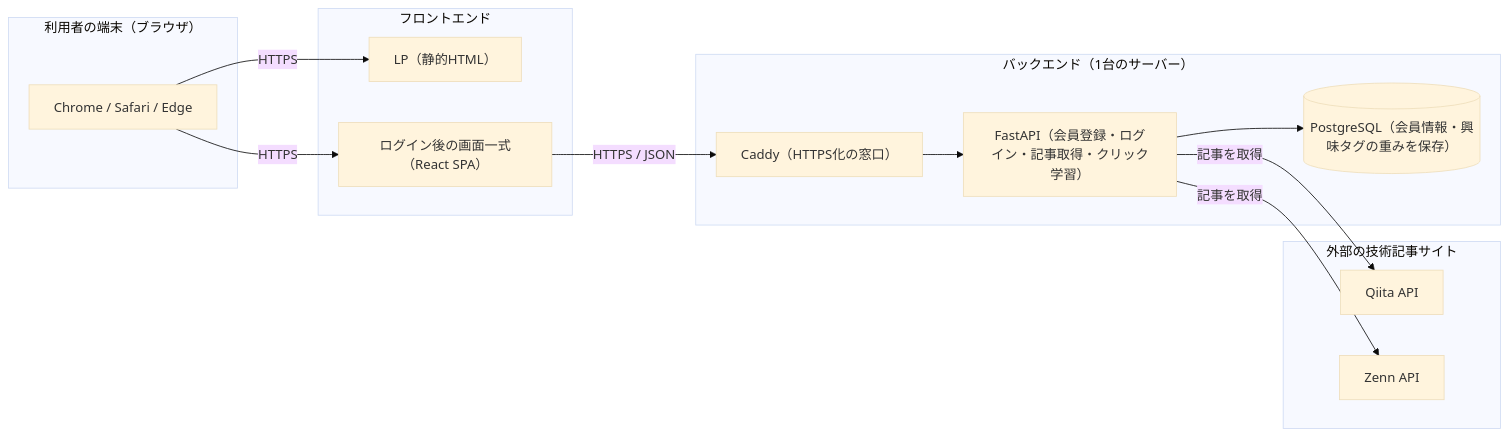
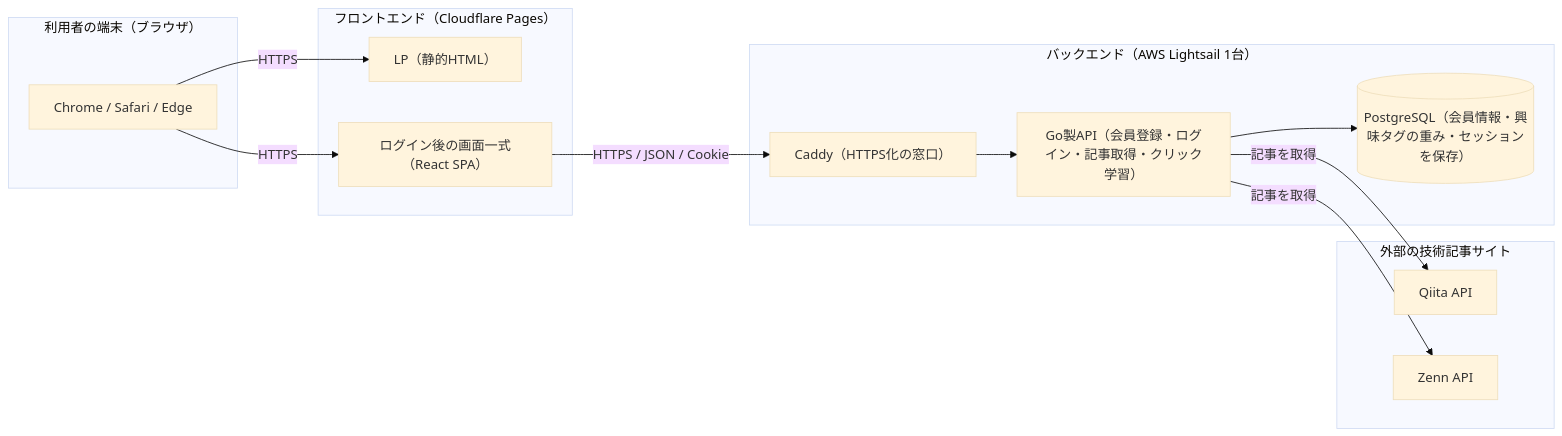
The first of 2 diagrams in docs/BasicDesignSpecifications/SystemArchitectureDiagram.md (H4aruki/MyTechPulse), drawn with Mermaid (base theme) before and after one commit. The commit also changed other lines of this file and 20 other files, not shown here.

````diff
--- a/docs/BasicDesignSpecifications/SystemArchitectureDiagram.md
+++ b/docs/BasicDesignSpecifications/SystemArchitectureDiagram.md
@@ -7,30 +7,30 @@
 ```mermaid
 flowchart LR
     subgraph client["利用者の端末（ブラウザ）"]
         Browser["Chrome / Safari / Edge"]
     end
 
-    subgraph frontend["フロントエンド"]
+    subgraph frontend["フロントエンド（Cloudflare Pages）"]
         LP["LP（静的HTML）"]
         SPA["ログイン後の画面一式（React SPA）"]
     end
 
-    subgraph backend["バックエンド（1台のサーバー）"]
+    subgraph backend["バックエンド（AWS Lightsail 1台）"]
         Caddy["Caddy（HTTPS化の窓口）"]
-        API["FastAPI（会員登録・ログイン・記事取得・クリック学習）"]
-        DB[("PostgreSQL（会員情報・興味タグの重みを保存）")]
+        API["Go製API（会員登録・ログイン・記事取得・クリック学習）"]
+        DB[("PostgreSQL（会員情報・興味タグの重み・セッションを保存）")]
     end
 
     subgraph external["外部の技術記事サイト"]
         Qiita["Qiita API"]
         Zenn["Zenn API"]
     end
 
     Browser -->|HTTPS| LP
     Browser -->|HTTPS| SPA
-    SPA -->|HTTPS / JSON| Caddy
+    SPA -->|HTTPS / JSON / Cookie| Caddy
     Caddy --> API
     API --> DB
     API -->|記事を取得| Qiita
     API -->|記事を取得| Zenn
 ```
````
